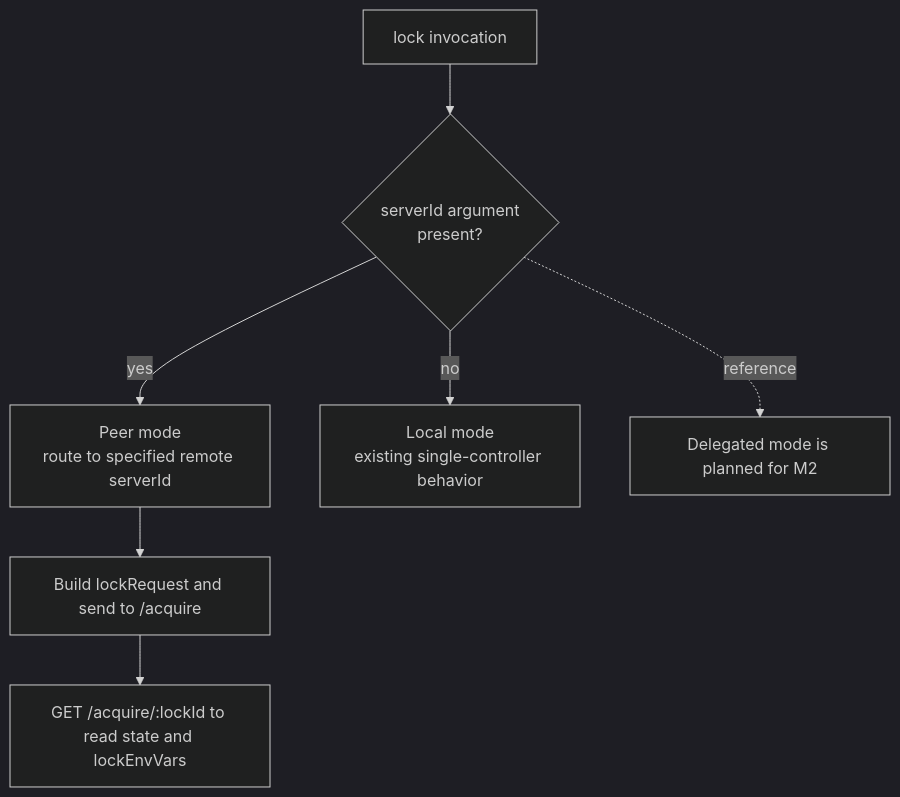
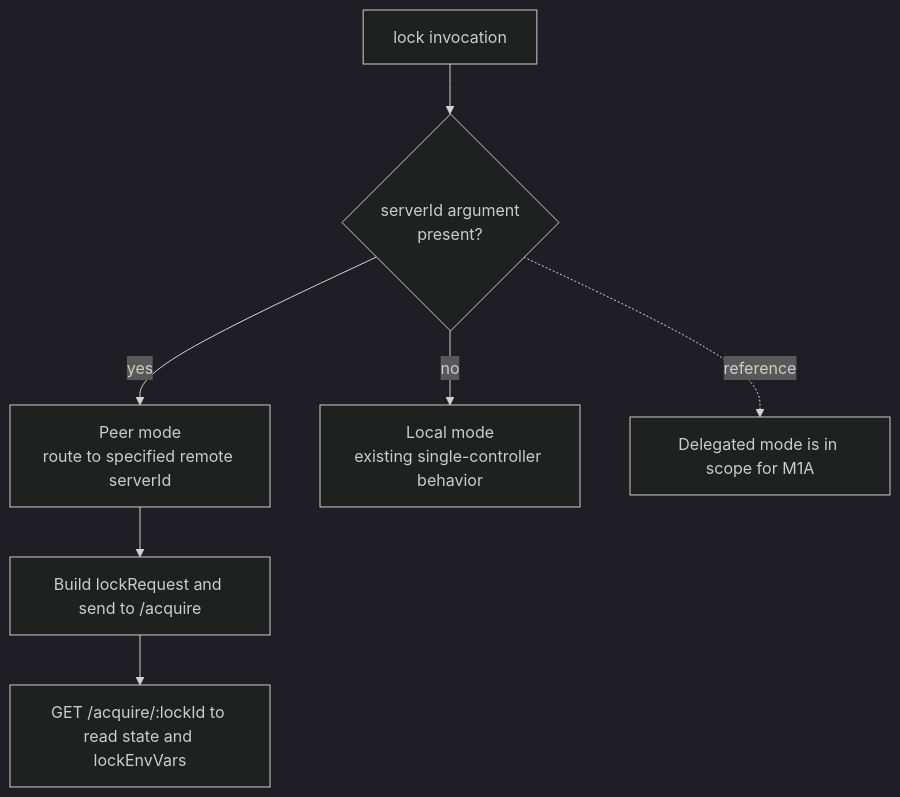
One commit to kohtaro-satoh/lockable-resources-remote-notes changed the first of 6 diagrams in dev/docs-e/LRR_DESIGN_P1_M1A.md. Above: the diagram before and after it, drawn with Mermaid (dark theme). The commit also changed other lines of this file and 1 other file, not shown here.

Commit message:
Align M1A scope: include delegated mode in j/e docs

````diff
--- a/dev/docs-e/LRR_DESIGN_P1_M1A.md
+++ b/dev/docs-e/LRR_DESIGN_P1_M1A.md
@@ -69,10 +68,10 @@
 ```mermaid
 flowchart TD
   A["lock invocation"] --> D{"serverId argument\npresent?"}
   D -- yes --> E["Peer mode\nroute to specified remote serverId"]
   D -- no --> F["Local mode\nexisting single-controller behavior"]
-  D -. reference .-> N["Delegated mode is planned for M2"]
+  D -. reference .-> N["Delegated mode is in scope for M1A"]
 
   E --> G["Build lockRequest and send to /acquire"]
   G --> H["GET /acquire/:lockId to read state and lockEnvVars"]
 ```
````
